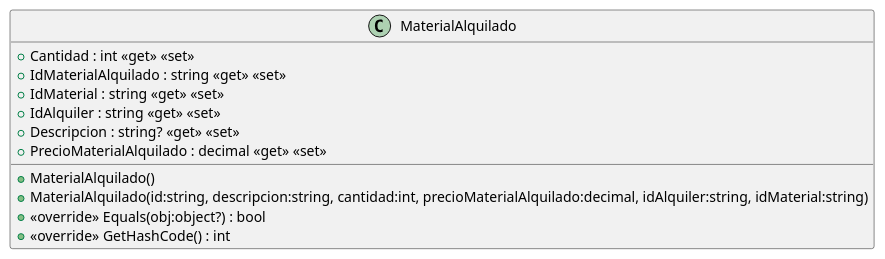
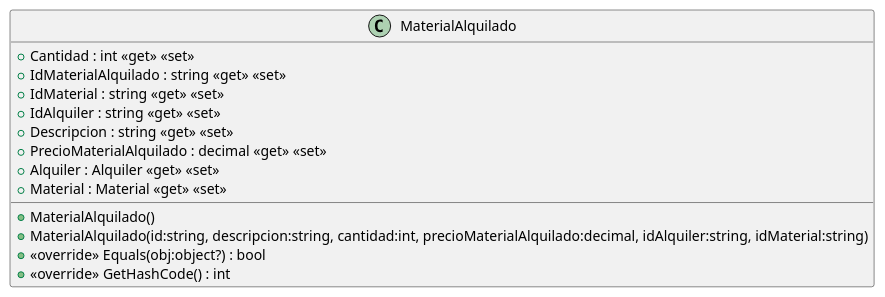
The diagram in src/AppForSEII.API/ClassDiagram/MaterialAlquilado.puml (ISII2627LosIngenieros/ISII2627LosIngenieros), drawn with PlantUML before and after one commit. The commit also changed 14 other files, not shown here.

Commit message:
Se actualizó el diagrama de clases asociado

```diff
--- a/src/AppForSEII.API/ClassDiagram/MaterialAlquilado.puml
+++ b/src/AppForSEII.API/ClassDiagram/MaterialAlquilado.puml
@@ -1,14 +1,16 @@
 @startuml
 class MaterialAlquilado {
     + MaterialAlquilado()
     + MaterialAlquilado(id:string, descripcion:string, cantidad:int, precioMaterialAlquilado:decimal, idAlquiler:string, idMaterial:string)
     + Cantidad : int <<get>> <<set>>
     + IdMaterialAlquilado : string <<get>> <<set>>
     + IdMaterial : string <<get>> <<set>>
     + IdAlquiler : string <<get>> <<set>>
-    + Descripcion : string? <<get>> <<set>>
+    + Descripcion : string <<get>> <<set>>
     + PrecioMaterialAlquilado : decimal <<get>> <<set>>
+    + Alquiler : Alquiler <<get>> <<set>>
+    + Material : Material <<get>> <<set>>
     + <<override>> Equals(obj:object?) : bool
     + <<override>> GetHashCode() : int
 }
 @enduml
```
